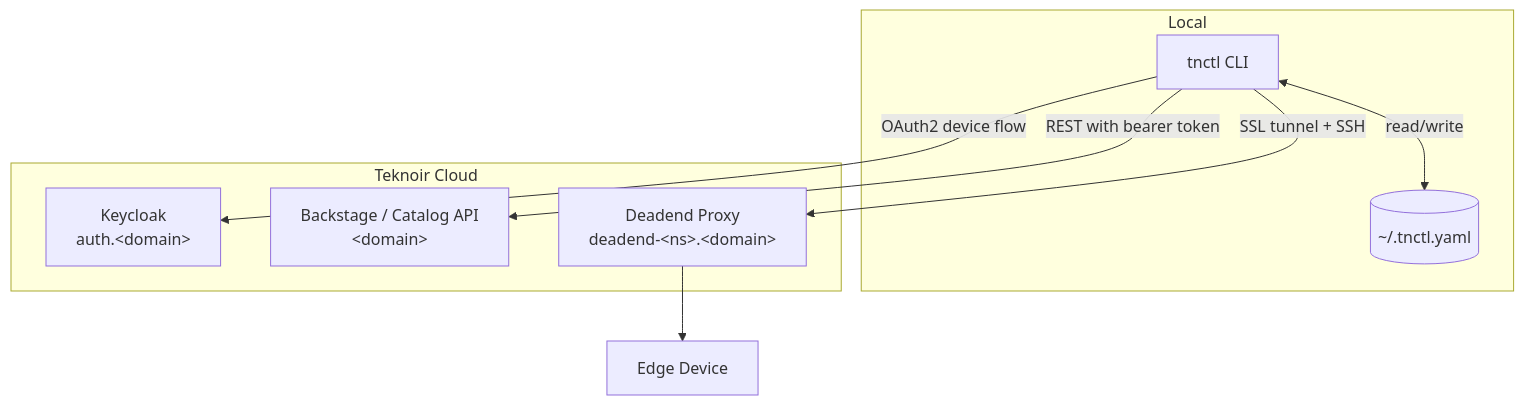
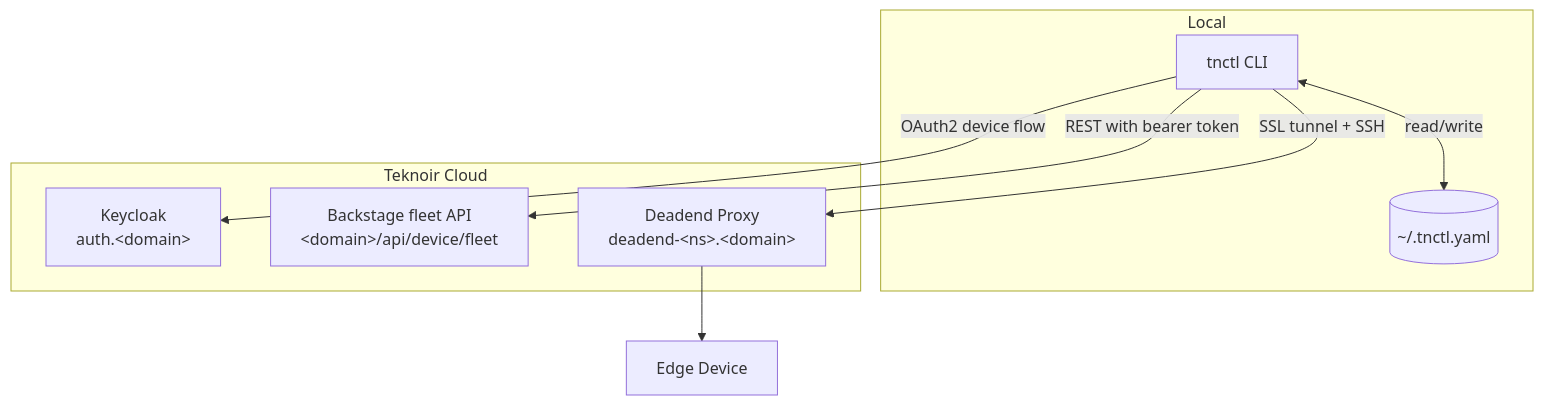
The first of 2 diagrams in docs/concepts/architecture.md (teknoir/cli), drawn with Mermaid before and after one commit. The commit also changed other lines of this file and 20 other files, not shown here.

First line of the commit message:
tnctl: tests, docs and install.sh for the fleet API migration

````diff
--- a/docs/concepts/architecture.md
+++ b/docs/concepts/architecture.md
@@ -9,21 +9,21 @@
 ```mermaid
 flowchart TD
     subgraph Local
         CLI[tnctl CLI]
         CFG[(~/.tnctl.yaml)]
     end
 
     subgraph Teknoir Cloud
         KC[Keycloak<br/>auth.&lt;domain&gt;]
-        API[Backstage / Catalog API<br/>&lt;domain&gt;]
+        API[Backstage fleet API<br/>&lt;domain&gt;/api/device/fleet]
         DE[Deadend Proxy<br/>deadend-&lt;ns&gt;.&lt;domain&gt;]
     end
 
     EDGE[Edge Device]
 
     CLI <-->|read/write| CFG
     CLI -->|OAuth2 device flow| KC
     CLI -->|REST with bearer token| API
     CLI -->|SSL tunnel + SSH| DE
     DE --> EDGE
 ```
````
